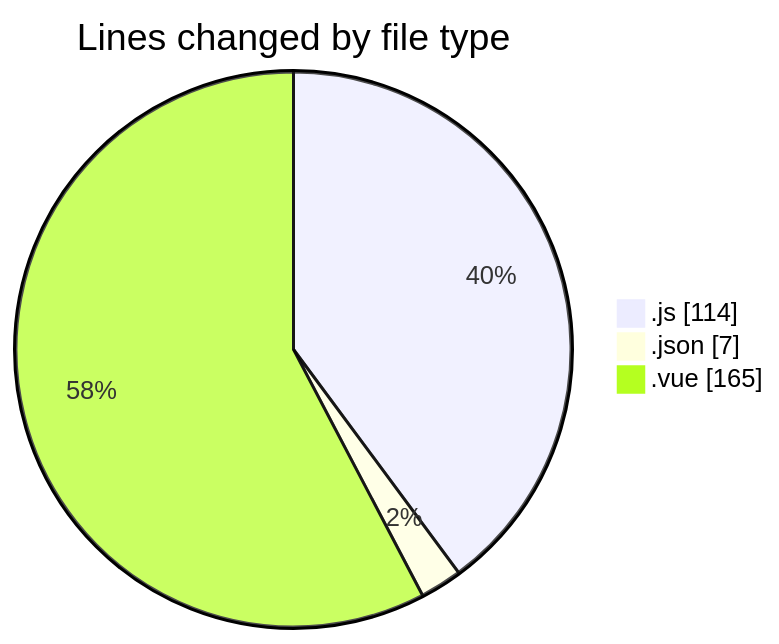
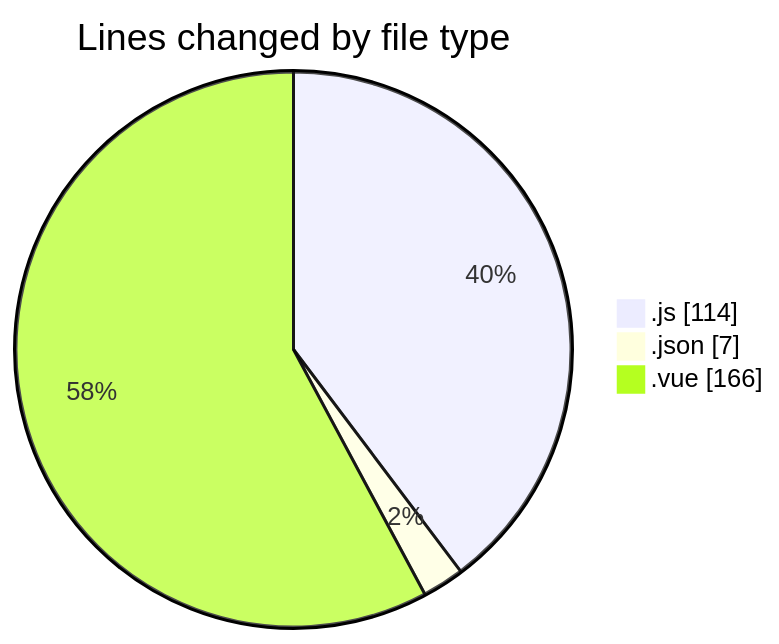
The first of 2 diagrams in 2025-05-19/cancelacionsegurosvida/README.md (jcpc91/code-tracking), drawn with Mermaid before and after one commit. The commit also changed other lines of this file and 1 other file, not shown here.

````diff
--- a/2025-05-19/cancelacionsegurosvida/README.md
+++ b/2025-05-19/cancelacionsegurosvida/README.md
@@ -22,7 +22,7 @@
 ```mermaid
 pie showData
 title Lines changed by file type
 ".js" : 114
 ".json" : 7
-".vue" : 165
+".vue" : 166
 ```
````
